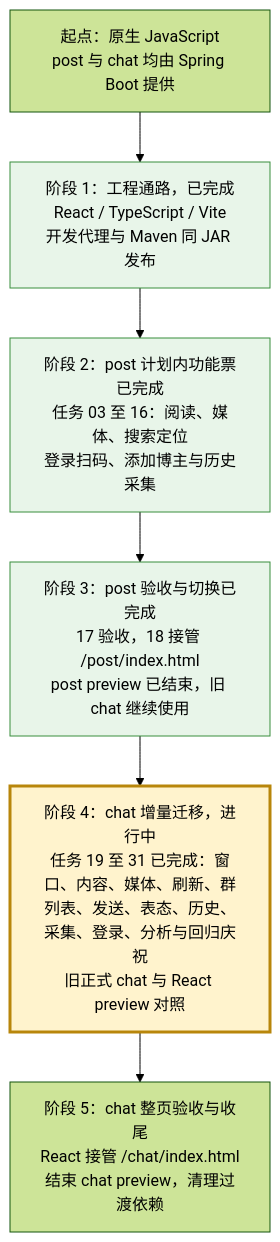
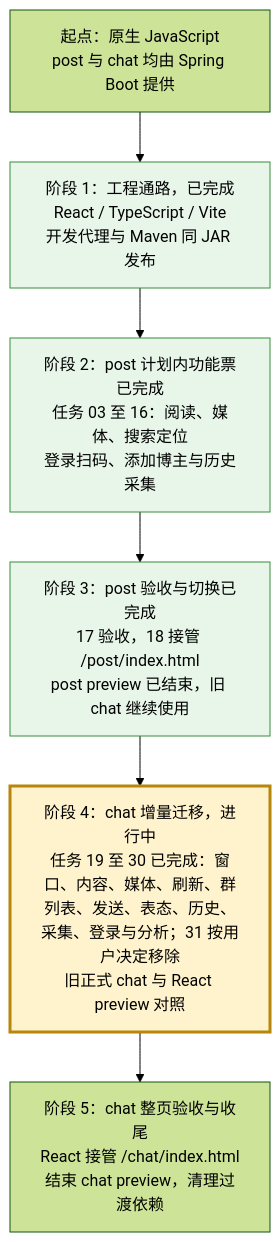
One commit to findxyz/vb-weibo-plus changed the diagram in .scratch/react-migration/PLAN.md. Above: the diagram before and after it, drawn with Mermaid (forest theme). The commit also changed other lines of this file and 22 other files, not shown here.

````diff
--- a/.scratch/react-migration/PLAN.md
+++ b/.scratch/react-migration/PLAN.md
@@ -17,14 +17,14 @@
 ```mermaid
 flowchart TD
     A["起点：原生 JavaScript<br/>post 与 chat 均由 Spring Boot 提供"]
     B["阶段 1：工程通路，已完成<br/>React / TypeScript / Vite<br/>开发代理与 Maven 同 JAR 发布"]
     C["阶段 2：post 计划内功能票已完成<br/>任务 03 至 16：阅读、媒体、搜索定位<br/>登录扫码、添加博主与历史采集"]
     D["阶段 3：post 验收与切换已完成<br/>17 验收，18 接管 /post/index.html<br/>post preview 已结束，旧 chat 继续使用"]
-    E["阶段 4：chat 增量迁移，进行中<br/>任务 19 至 31 已完成：窗口、内容、媒体、刷新、群列表、发送、表态、历史、采集、登录、分析与回归庆祝<br/>旧正式 chat 与 React preview 对照"]
+    E["阶段 4：chat 增量迁移，进行中<br/>任务 19 至 30 已完成：窗口、内容、媒体、刷新、群列表、发送、表态、历史、采集、登录与分析；31 按用户决定移除<br/>旧正式 chat 与 React preview 对照"]
     F["阶段 5：chat 整页验收与收尾<br/>React 接管 /chat/index.html<br/>结束 chat preview，清理过渡依赖"]
     A --> B --> C --> D --> E --> F
     classDef complete fill:#e8f5e9,stroke:#388e3c
     classDef current fill:#fff3cd,stroke:#b8860b,stroke-width:3px
     class B,C,D complete
     class E current
 ```
````
